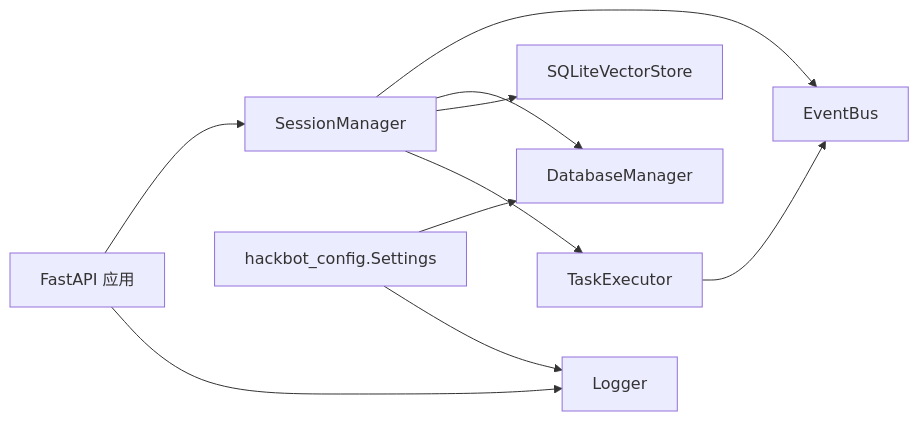
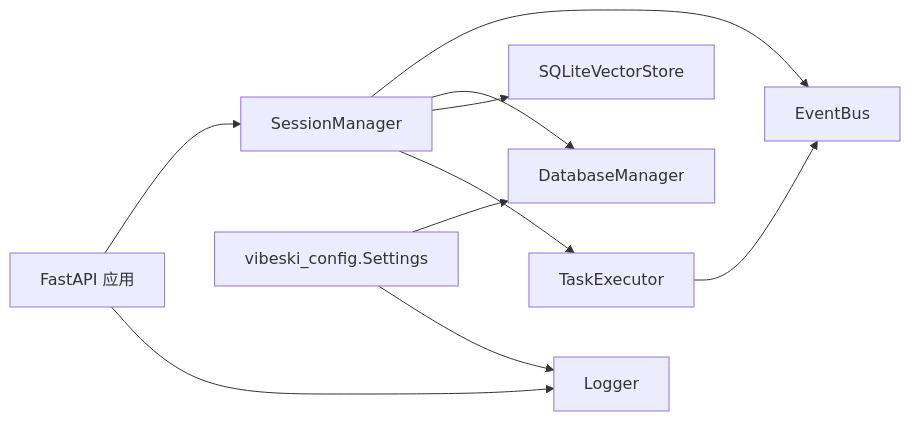
One commit to crabin/VIBESKI changed the sixth of 6 diagrams in .qoder/repowiki/zh/content/部署与运维/性能优化与监控.md. Above: the diagram before and after it, drawn with Mermaid. The commit also changed other lines of this file and 170 other files, not shown here.

Commit message:
chore: rename all secbot/hackbot identifiers to vibeski

````diff
--- a/.qoder/repowiki/zh/content/部署与运维/性能优化与监控.md
+++ b/.qoder/repowiki/zh/content/部署与运维/性能优化与监控.md
@@ -324,12 +324,12 @@
 ```mermaid
 graph LR
 Session["SessionManager"] --> Bus["EventBus"]
 Session --> DB["DatabaseManager"]
 Session --> VS["SQLiteVectorStore"]
 Session --> Exec["TaskExecutor"]
 Exec --> Bus
 API["FastAPI 应用"] --> Session
 API --> Logger["Logger"]
-Config["hackbot_config.Settings"] --> DB
+Config["vibeski_config.Settings"] --> DB
 Config --> Logger
 ```
````
